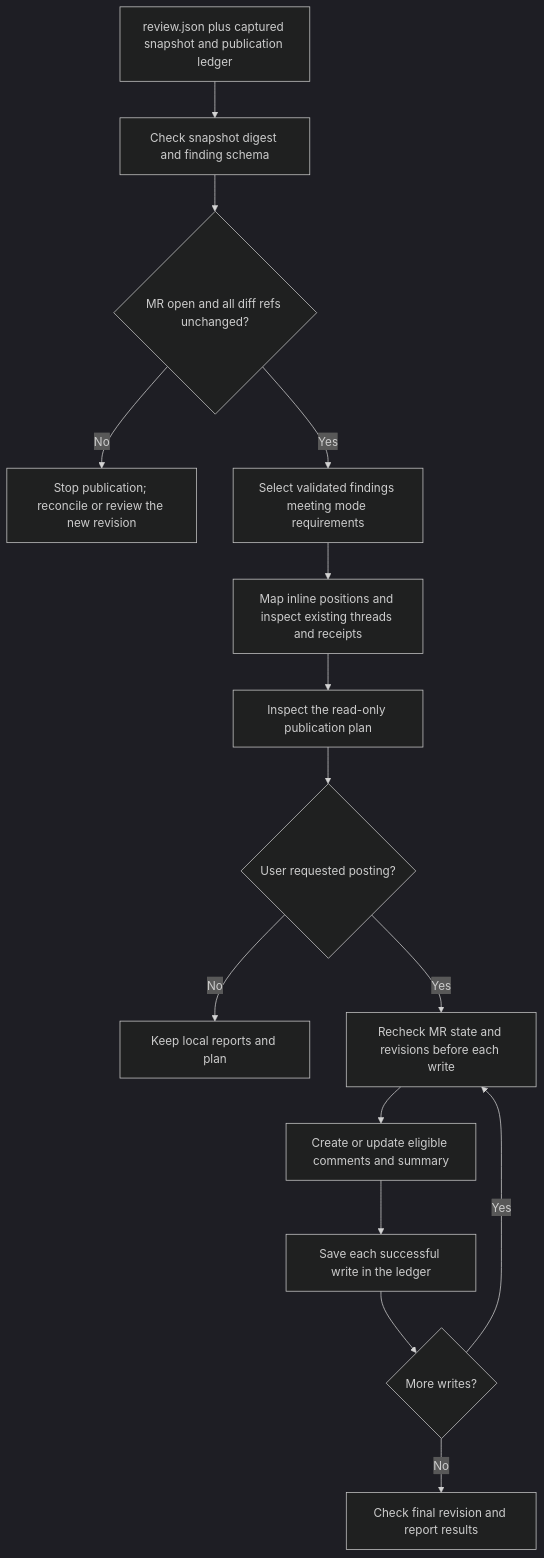
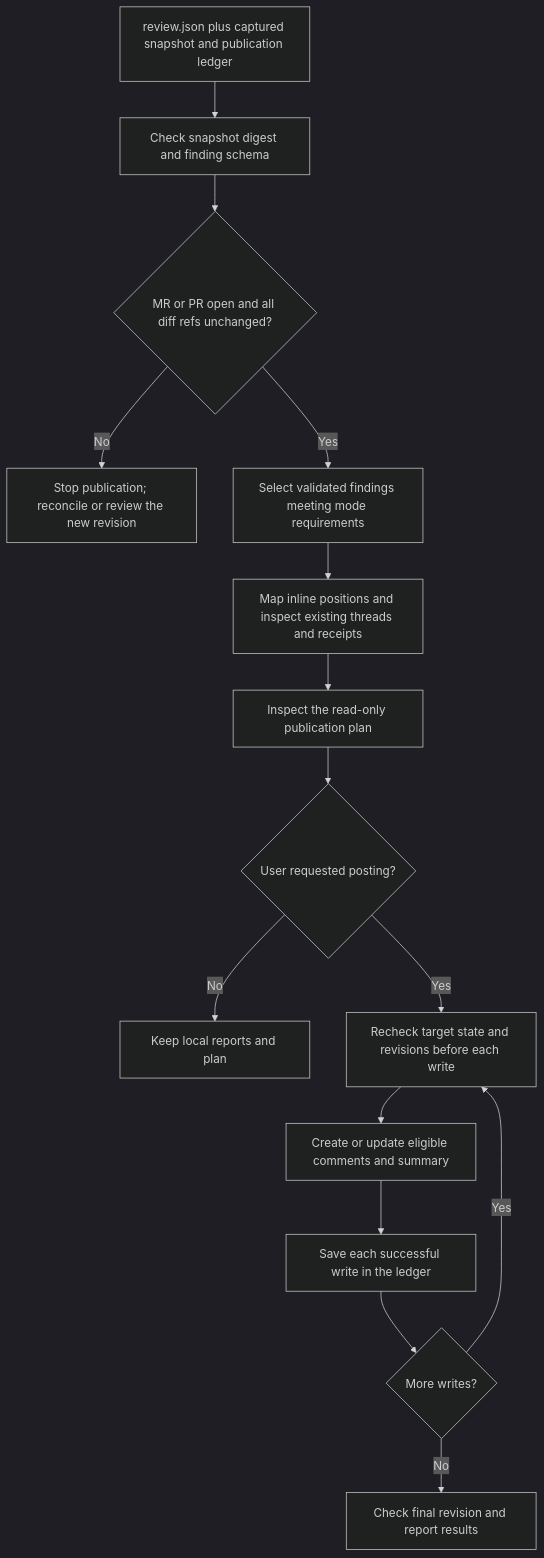
The third of 3 diagrams in skills/code/review-workflow/references/design.md (NoSugarCoffee/dotai), drawn with Mermaid (dark theme) before and after one commit. The commit also changed other lines of this file and 18 other files, not shown here.

````diff
--- a/skills/code/review-workflow/references/design.md
+++ b/skills/code/review-workflow/references/design.md
@@ -93,17 +93,17 @@
 ```mermaid
 flowchart TD
     Input["review.json plus captured snapshot and publication ledger"] --> Bind["Check snapshot digest and finding schema"]
-    Bind --> Current{"MR open and all diff refs unchanged?"}
+    Bind --> Current{"MR or PR open and all diff refs unchanged?"}
     Current -->|No| Stop["Stop publication; reconcile or review the new revision"]
     Current -->|Yes| Eligible["Select validated findings meeting mode requirements"]
     Eligible --> Plan["Map inline positions and inspect existing threads and receipts"]
     Plan --> Inspect["Inspect the read-only publication plan"]
     Inspect --> Apply{"User requested posting?"}
     Apply -->|No| Local["Keep local reports and plan"]
-    Apply -->|Yes| Recheck["Recheck MR state and revisions before each write"]
+    Apply -->|Yes| Recheck["Recheck target state and revisions before each write"]
     Recheck --> Write["Create or update eligible comments and summary"]
     Write --> Receipt["Save each successful write in the ledger"]
     Receipt --> More{"More writes?"}
     More -->|Yes| Recheck
     More -->|No| Verify["Check final revision and report results"]
 ```
````
